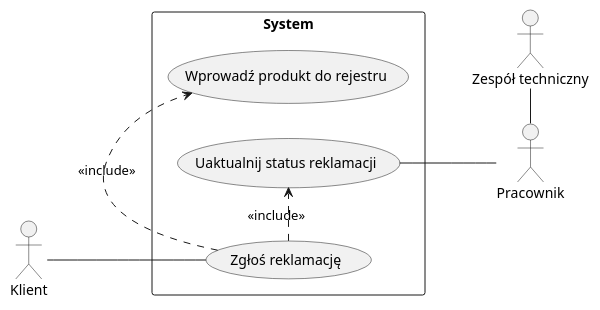
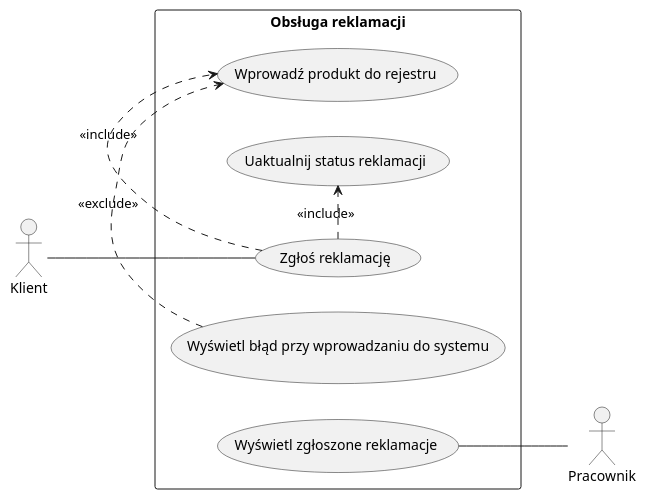
One commit to pixellos/Agh.5.Psi changed the sixth of 13 diagrams in src/Projekt systemu.md. Above: the diagram before and after it, drawn with PlantUML. The commit also changed other lines of this file, not shown here.

Commit message:
Update "Obsługa reklamacji" use case

````diff
--- a/src/Projekt systemu.md
+++ b/src/Projekt systemu.md
@@ -1542,16 +1542,15 @@
 ```plantuml 2.1.2.3
 @startuml
 left to right direction
 actor Klient
 actor Pracownik
-actor :Zespół techniczny:
-rectangle "System" {
+rectangle "Obsługa reklamacji" {
     (Klient) -- (Zgłoś reklamację)
     (Zgłoś reklamację) .> (Wprowadź produkt do rejestru) : <<include>>
+    (Wyświetl błąd przy wprowadzaniu do systemu) .> (Wprowadź produkt do rejestru) : <<exclude>>
     (Zgłoś reklamację) .> (Uaktualnij status reklamacji) : <<include>>
-    (Uaktualnij status reklamacji) -- (Pracownik)
-    :Zespół techniczny: - (Pracownik)
+    (Wyświetl zgłoszone reklamacje) -- (Pracownik)
 
 }
 @enduml
 ```
````
